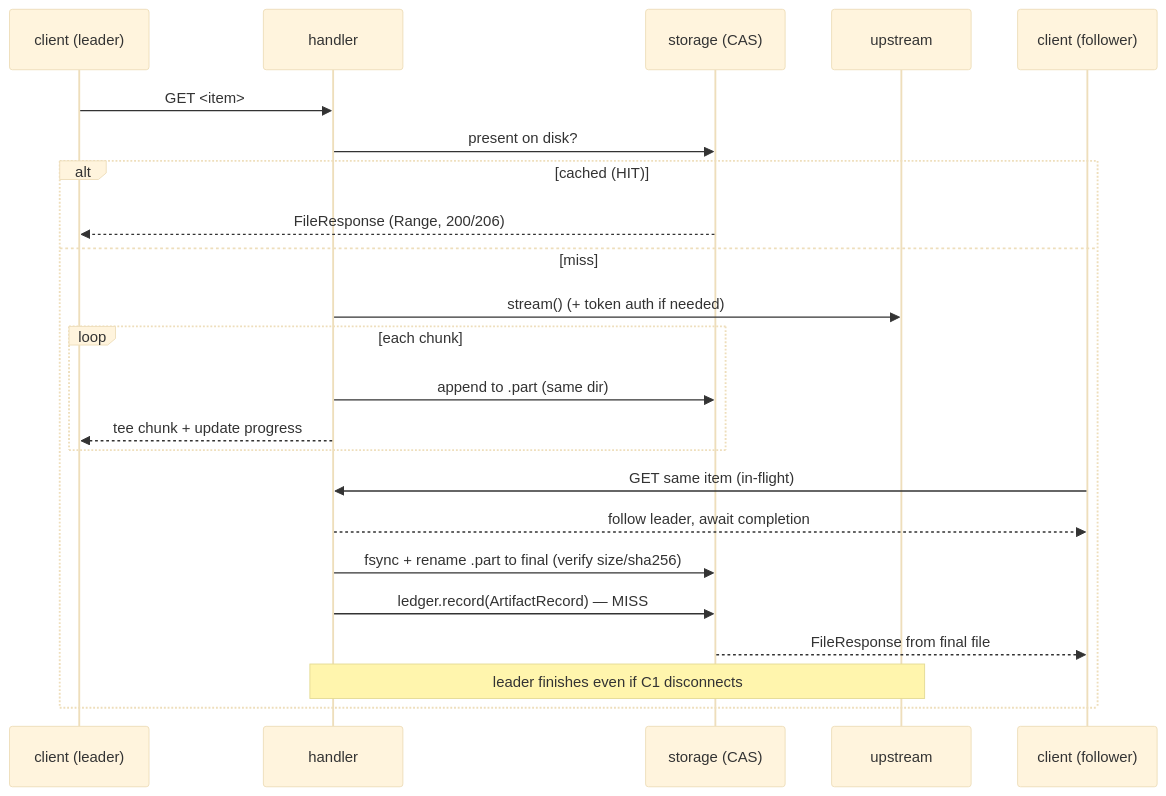
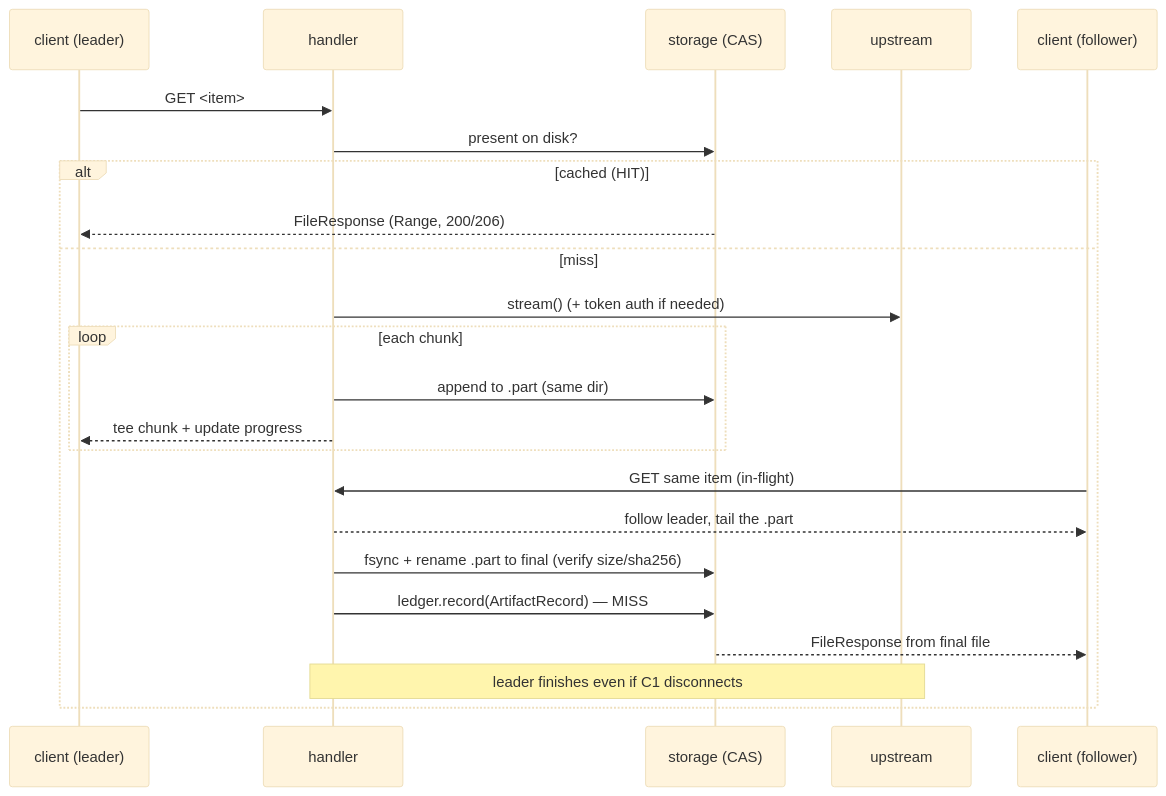
The third of 7 diagrams in README.md (aabdlwahab/PKGCache), drawn with Mermaid (base theme) before and after one commit. The commit also changed other lines of this file and 2 other files, not shown here.

First line of the commit message:
docs: rewrite README and add architecture/usage docs

````diff
--- a/README.md
+++ b/README.md
@@ -210,26 +391,26 @@
 ```mermaid
 sequenceDiagram
   participant C1 as client (leader)
   participant H as handler
   participant S as storage (CAS)
   participant U as upstream
   participant C2 as client (follower)
 
   C1->>H: GET <item>
   H->>S: present on disk?
   alt cached (HIT)
     S-->>C1: FileResponse (Range, 200/206)
   else miss
     H->>U: stream() (+ token auth if needed)
     loop each chunk
       H->>S: append to .part (same dir)
       H-->>C1: tee chunk + update progress
     end
     C2->>H: GET same item (in-flight)
-    H-->>C2: follow leader, await completion
+    H-->>C2: follow leader, tail the .part
     H->>S: fsync + rename .part to final (verify size/sha256)
     H->>S: ledger.record(ArtifactRecord) — MISS
     S-->>C2: FileResponse from final file
     Note over H,U: leader finishes even if C1 disconnects
   end
 ```
````
